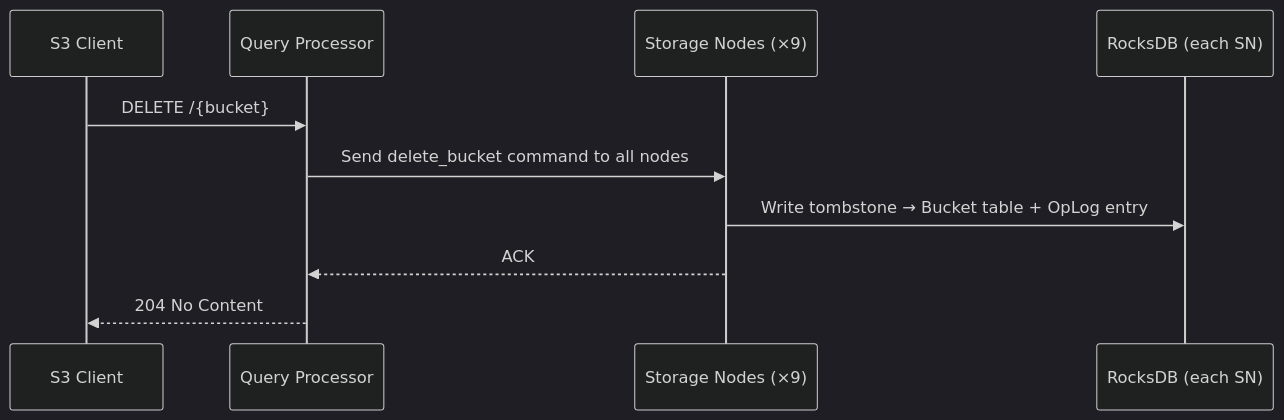
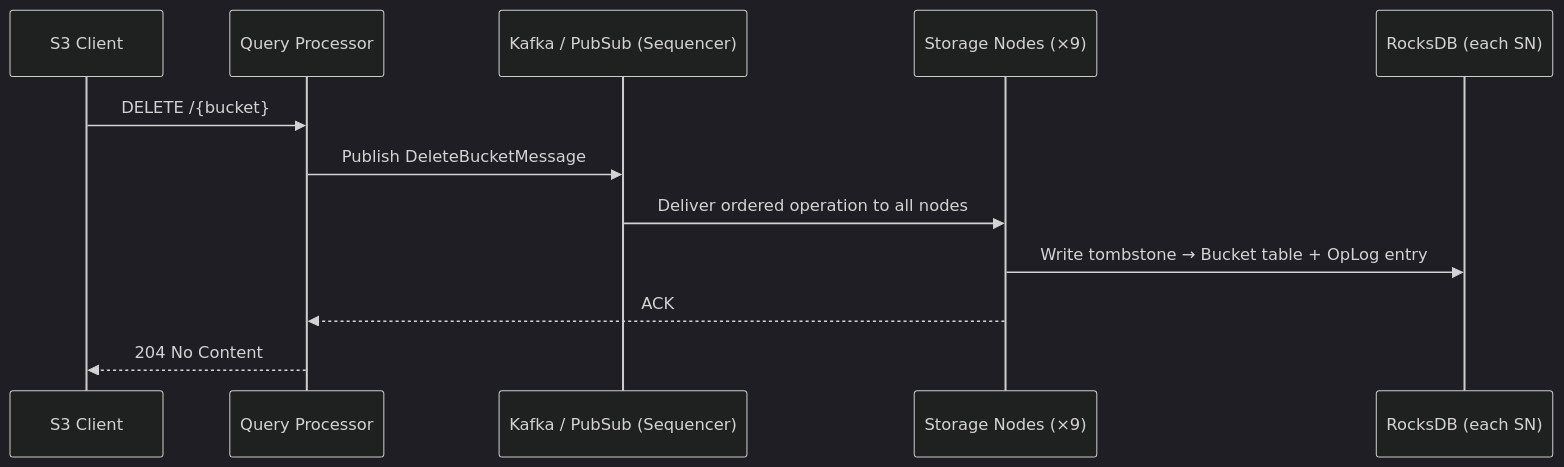
Before and after one commit to S26-Distributed-Capstone/Koop: the eighth of 16 diagrams in docs/workflow.md, drawn with Mermaid (dark theme). The commit also changed other lines of this file, not shown here.

Commit message:
Update workflow documentation to reflect Kafka/pub/sub integration and clarify multipart upload processes (AI)

````diff
--- a/docs/workflow.md
+++ b/docs/workflow.md
@@ -242,13 +222,15 @@
 ```mermaid
 sequenceDiagram
     participant C as S3 Client
     participant QP as Query Processor
+    participant Kafka as Kafka / PubSub (Sequencer)
     participant SN as Storage Nodes (×9)
     participant RDB as RocksDB (each SN)
 
     C->>QP: DELETE /{bucket}
-    QP->>SN: Send delete_bucket command to all nodes
+    QP->>Kafka: Publish DeleteBucketMessage
+    Kafka->>SN: Deliver ordered operation to all nodes
     SN->>RDB: Write tombstone → Bucket table + OpLog entry
     SN-->>QP: ACK
     QP-->>C: 204 No Content
 ```
````
